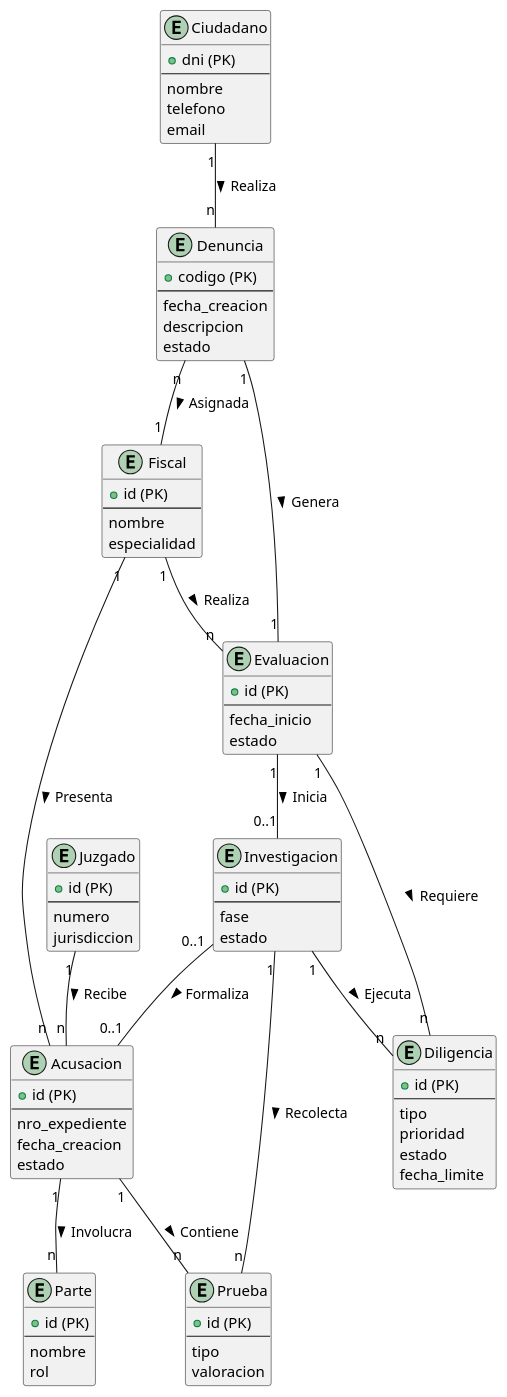
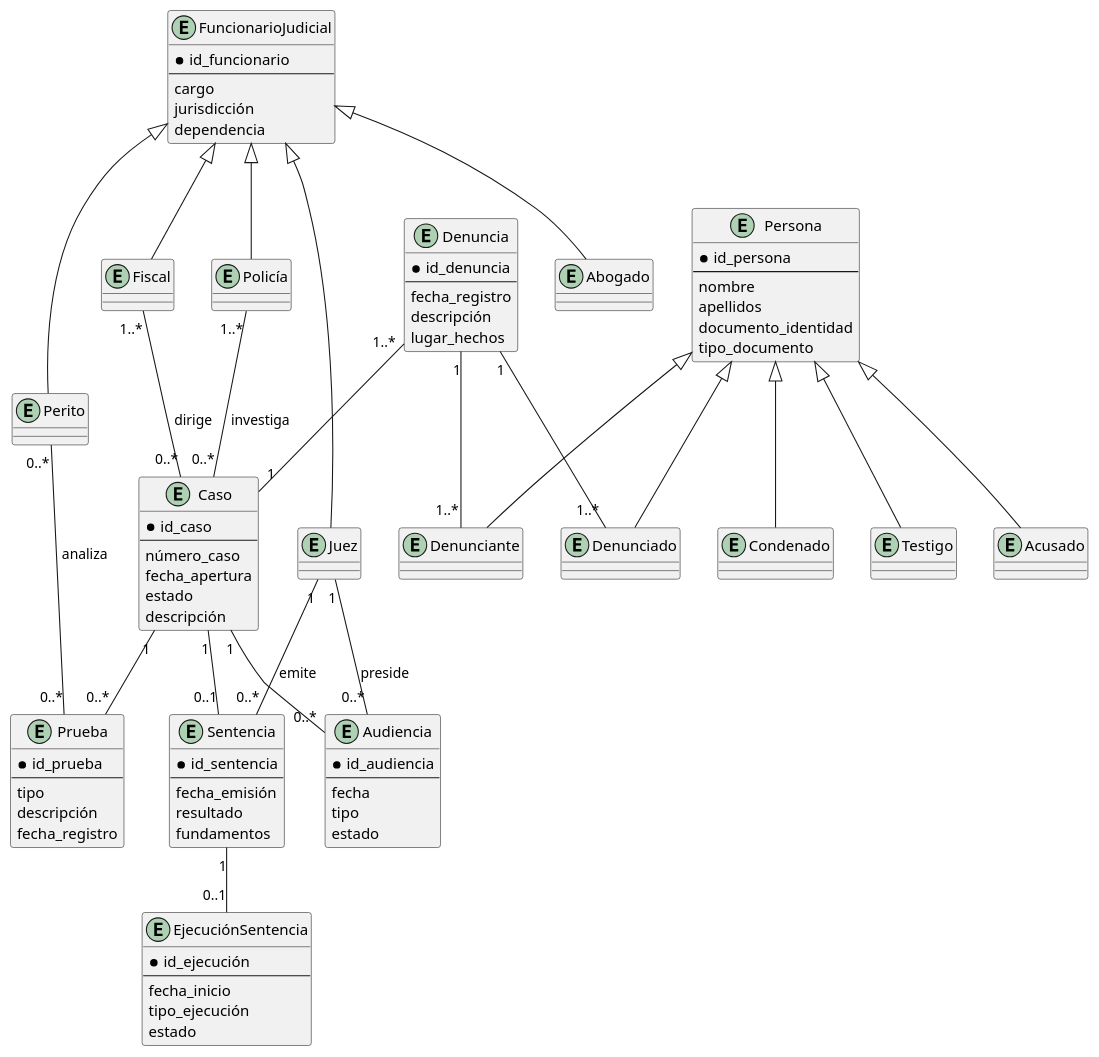
One commit to genomike/modelado_y_analisis_de_software changed the diagram in 3.Modelado de Datos/modelo_conceptual.puml. Above: the diagram before and after it, drawn with PlantUML. The commit also changed 52 other files, not shown here.

Commit message:
incluyendo etapa de juicio y ejecucion de sentencia

```diff
--- a/3.Modelado de Datos/modelo_conceptual.puml
+++ b/3.Modelado de Datos/modelo_conceptual.puml
@@ -1,92 +1,129 @@
-@startuml
-' === ENTIDADES PRINCIPALES ===
-entity Ciudadano {
-  + dni (PK)
+@startuml Modelo Conceptual del Sistema Judicial
+
+' Entidades principales
+entity "Caso" as caso {
+  * id_caso
+  --
+  número_caso
+  fecha_apertura
+  estado
+  descripción
+}
+
+entity "Persona" as persona {
+  * id_persona
   --
   nombre
-  telefono
-  email
+  apellidos
+  documento_identidad
+  tipo_documento
 }
 
-entity Denuncia {
-  + codigo (PK)
+entity "Denuncia" as denuncia {
+  * id_denuncia
   --
-  fecha_creacion
-  descripcion
+  fecha_registro
+  descripción
+  lugar_hechos
+}
+
+entity "Prueba" as prueba {
+  * id_prueba
+  --
+  tipo
+  descripción
+  fecha_registro
+}
+
+entity "Audiencia" as audiencia {
+  * id_audiencia
+  --
+  fecha
+  tipo
   estado
 }
 
-entity Fiscal {
-  + id (PK)
+entity "Sentencia" as sentencia {
+  * id_sentencia
   --
-  nombre
-  especialidad
+  fecha_emisión
+  resultado
+  fundamentos
 }
 
-entity Evaluacion {
-  + id (PK)
+entity "EjecuciónSentencia" as ejecucion {
+  * id_ejecución
   --
   fecha_inicio
+  tipo_ejecución
   estado
 }
 
-entity Diligencia {
-  + id (PK)
+entity "FuncionarioJudicial" as funcionario {
+  * id_funcionario
   --
-  tipo
-  prioridad
-  estado
-  fecha_limite
+  cargo
+  jurisdicción
+  dependencia
 }
 
-entity Investigacion {
-  + id (PK)
-  --
-  fase
-  estado
+' Relaciones tipo rol
+entity "Denunciante" as denunciante {
 }
 
-entity Prueba {
-  + id (PK)
-  --
-  tipo
-  valoracion
+entity "Denunciado" as denunciado {
 }
 
-entity Acusacion {
-  + id (PK)
-  --
-  nro_expediente
-  fecha_creacion
-  estado
+entity "Fiscal" as fiscal {
 }
 
-entity Parte {
-  + id (PK)
-  --
-  nombre
-  rol
+entity "Juez" as juez {
 }
 
-entity Juzgado {
-  + id (PK)
-  --
-  numero
-  jurisdiccion
+entity "Policía" as policia {
 }
 
-' === RELACIONES ===
-Ciudadano "1" -- "n" Denuncia : Realiza >
-Denuncia "1" -- "1" Evaluacion : Genera >
-Denuncia "n" -- "1" Fiscal : Asignada >
-Fiscal "1" -- "n" Evaluacion : Realiza >
-Evaluacion "1" -- "n" Diligencia : Requiere >
-Evaluacion "1" -- "0..1" Investigacion : Inicia >
-Investigacion "1" -- "n" Diligencia : Ejecuta >
-Investigacion "1" -- "n" Prueba : Recolecta >
-Investigacion "0..1" -- "0..1" Acusacion : Formaliza >
-Acusacion "1" -- "n" Prueba : Contiene >
-Acusacion "1" -- "n" Parte : Involucra >
-Fiscal "1" -- "n" Acusacion : Presenta >
-Juzgado "1" -- "n" Acusacion : Recibe >
+entity "Abogado" as abogado {
+}
+
+entity "Testigo" as testigo {
+}
+
+entity "Perito" as perito {
+}
+
+entity "Acusado" as acusado {
+}
+
+entity "Condenado" as condenado {
+}
+
+' Relaciones principales
+denuncia "1" -- "1..*" denunciante
+denuncia "1" -- "1..*" denunciado
+denuncia "1..*" -- "1" caso
+
+persona <|-- denunciante
+persona <|-- denunciado
+persona <|-- testigo
+persona <|-- acusado
+persona <|-- condenado
+
+funcionario <|-- fiscal
+funcionario <|-- juez
+funcionario <|-- policia
+funcionario <|-- abogado
+funcionario <|-- perito
+
+caso "1" -- "0..*" prueba
+caso "1" -- "0..*" audiencia
+caso "1" -- "0..1" sentencia
+sentencia "1" -- "0..1" ejecucion
+
+fiscal "1..*" -- "0..*" caso : dirige
+juez "1" -- "0..*" audiencia : preside
+juez "1" -- "0..*" sentencia : emite
+policia "1..*" -- "0..*" caso : investiga
+perito "0..*" -- "0..*" prueba : analiza
+
 @enduml
```
